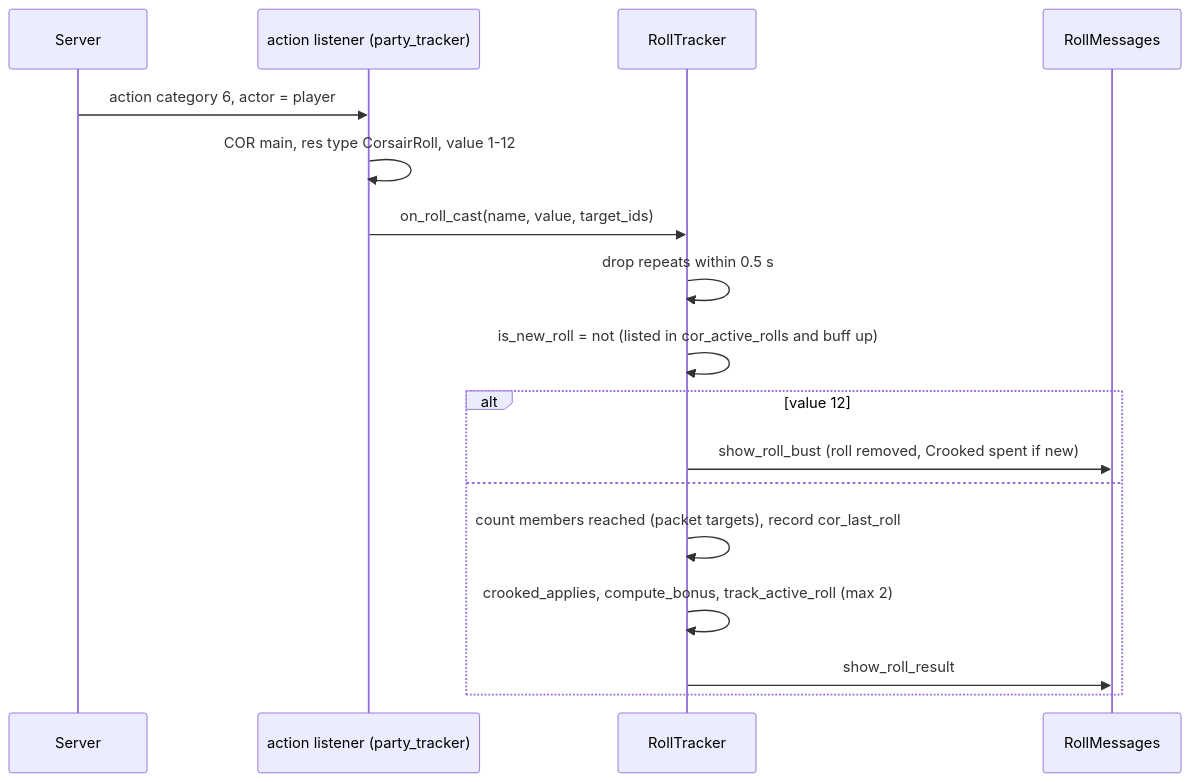
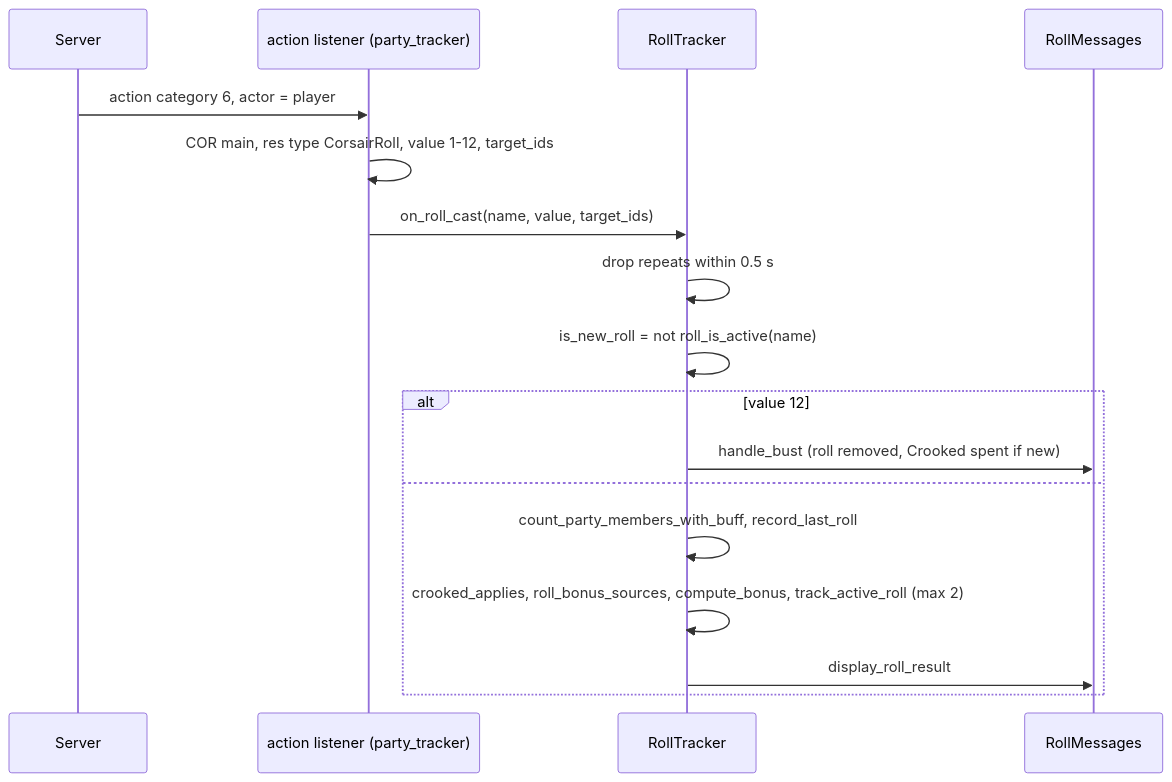
One commit to ejouanchicot/Gearswap changed the third of 3 diagrams in docs/dev/jobs/cor.md. Above: the diagram before and after it, drawn with Mermaid. The commit also changed other lines of this file and 31 other files, not shown here.

````diff
--- a/docs/dev/jobs/cor.md
+++ b/docs/dev/jobs/cor.md
@@ -183,19 +210,19 @@
 ```mermaid
 sequenceDiagram
     participant S as Server
     participant L as action listener (party_tracker)
     participant RT as RollTracker
     participant MF as RollMessages
     S->>L: action category 6, actor = player
-    L->>L: COR main, res type CorsairRoll, value 1-12
+    L->>L: COR main, res type CorsairRoll, value 1-12, target_ids
     L->>RT: on_roll_cast(name, value, target_ids)
     RT->>RT: drop repeats within 0.5 s
-    RT->>RT: is_new_roll = not (listed in cor_active_rolls and buff up)
+    RT->>RT: is_new_roll = not roll_is_active(name)
     alt value 12
-        RT->>MF: show_roll_bust (roll removed, Crooked spent if new)
+        RT->>MF: handle_bust (roll removed, Crooked spent if new)
     else
-        RT->>RT: count members reached (packet targets), record cor_last_roll
-        RT->>RT: crooked_applies, compute_bonus, track_active_roll (max 2)
-        RT->>MF: show_roll_result
+        RT->>RT: count_party_members_with_buff, record_last_roll
+        RT->>RT: crooked_applies, roll_bonus_sources, compute_bonus, track_active_roll (max 2)
+        RT->>MF: display_roll_result
     end
 ```
````
